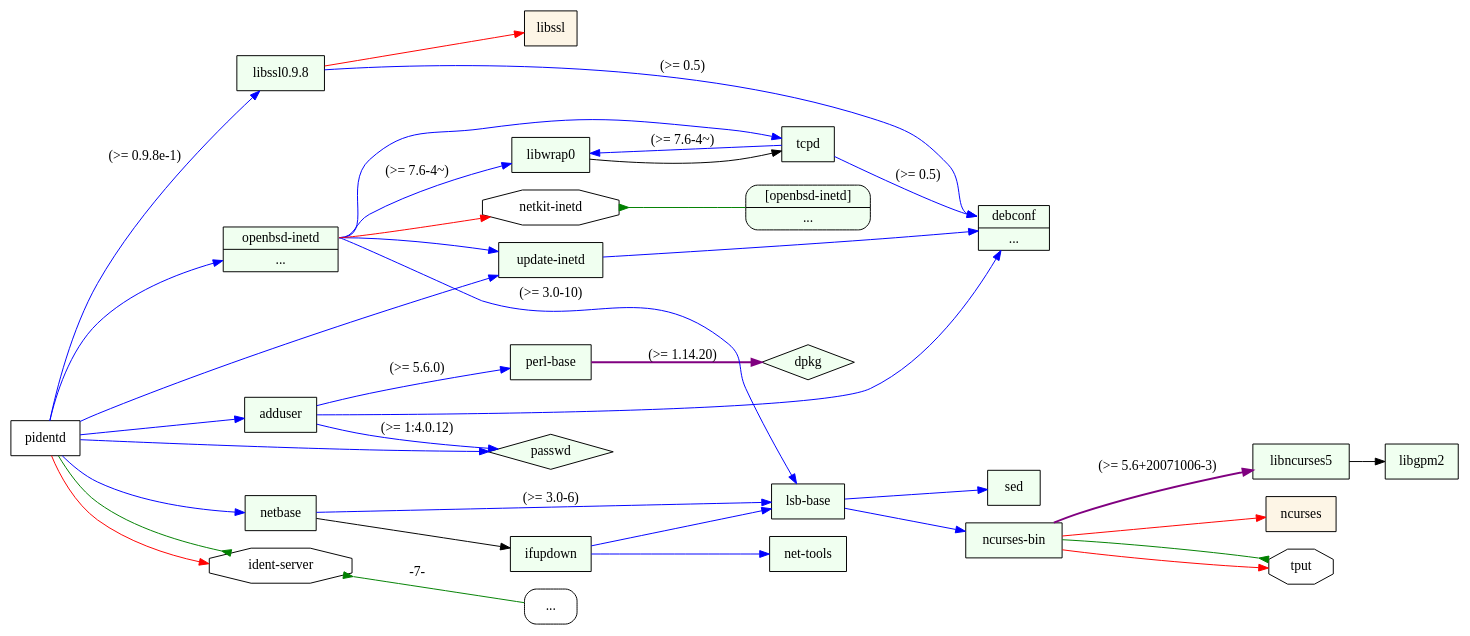
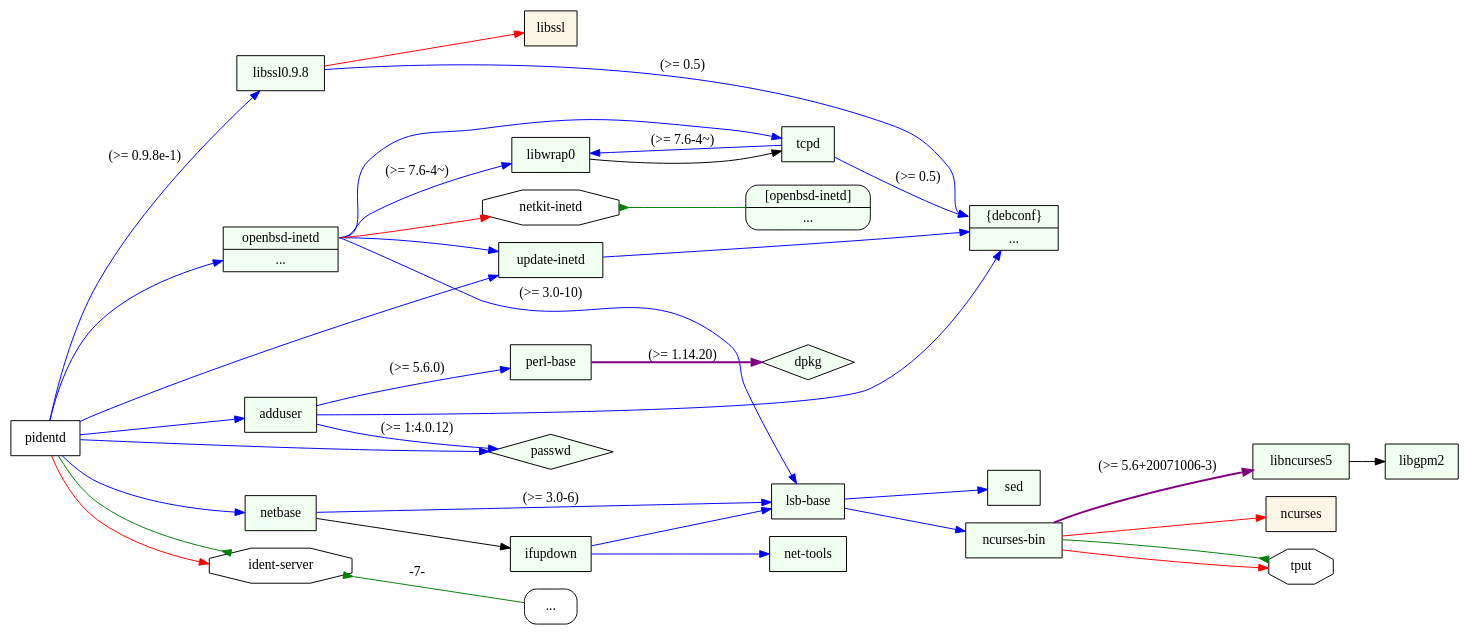
The diagram in testset/usage3.2.dot (juandesant/debtree), drawn with Graphviz before and after one commit. The commit also changed 3 other files, not shown here.

```diff
--- a/testset/usage3.2.dot
+++ b/testset/usage3.2.dot
@@ -1,83 +1,83 @@
 digraph "pidentd" {
 	rankdir=LR;
 	node [shape=box];
 	"pidentd" -> "libssl0.9.8" [color=blue,label="(>= 0.9.8e-1)"];
 	"libssl0.9.8" -> "alt1":"debconf" [color=blue,label="(>= 0.5)"];
 	"libssl0.9.8" -> "libssl" [color=red];
 	"libssl0.9.8" [style=filled,fillcolor=honeydew];
 	"pidentd" -> "netbase" [color=blue];
 	"netbase" -> "lsb-base" [color=blue,label="(>= 3.0-6)"];
 	"lsb-base" -> "sed" [color=blue];
 	"sed" [style=filled,fillcolor=honeydew];
 	"lsb-base" -> "ncurses-bin" [color=blue];
 	"ncurses-bin" -> "libncurses5" [color=purple,style=bold,label="(>= 5.6+20071006-3)"];
 	"libncurses5" -> "libgpm2";
 	"libgpm2" [style=filled,fillcolor=honeydew];
 	"libncurses5" [style=filled,fillcolor=honeydew];
 	"ncurses-bin" -> "ncurses" [color=red];
 	"ncurses-bin" -> "tput" [color=red];
 	"ncurses-bin" [style=filled,fillcolor=honeydew];
 	"lsb-base" [style=filled,fillcolor=honeydew];
 	"netbase" -> "ifupdown";
 	"ifupdown" -> "net-tools" [color=blue];
 	"net-tools" [style=filled,fillcolor=honeydew];
 	"ifupdown" -> "lsb-base" [color=blue];
 	"ifupdown" [style=filled,fillcolor=honeydew];
 	"netbase" [style=filled,fillcolor=honeydew];
 	"pidentd" -> "adduser" [color=blue];
 	"adduser" -> "perl-base" [color=blue,label="(>= 5.6.0)"];
 	"perl-base" -> "dpkg" [color=purple,style=bold,label="(>= 1.14.20)"];
 	"perl-base" [style=filled,fillcolor=honeydew];
 	"adduser" -> "passwd" [color=blue,label="(>= 1:4.0.12)"];
 	"adduser" -> "alt1" [color=blue];
 	"adduser" [style=filled,fillcolor=honeydew];
 	"pidentd" -> "passwd" [color=blue];
 	"pidentd" -> "update-inetd" [color=blue];
 	"update-inetd" -> "alt1" [color=blue];
 	"update-inetd" [style=filled,fillcolor=honeydew];
 	"pidentd" -> "alt2" [color=blue];
 	"alt2":"openbsd-inetd" -> "libwrap0" [color=blue,label="(>= 7.6-4~)"];
 	"libwrap0" -> "tcpd";
 	"tcpd" -> "libwrap0" [color=blue,label="(>= 7.6-4~)"];
 	"tcpd" -> "alt1":"debconf" [color=blue,label="(>= 0.5)"];
 	"tcpd" [style=filled,fillcolor=honeydew];
 	"libwrap0" [style=filled,fillcolor=honeydew];
 	"alt2":"openbsd-inetd" -> "lsb-base" [color=blue,label="(>= 3.0-10)"];
 	"alt2":"openbsd-inetd" -> "update-inetd" [color=blue];
 	"alt2":"openbsd-inetd" -> "tcpd" [color=blue];
 	"alt2":"openbsd-inetd" -> "netkit-inetd" [color=red];
 	"pidentd" -> "ident-server" [color=red];
 	"pidentd" -> "ident-server" [arrowhead=inv,color=green];
 	"ident-server" [shape=octagon];
 	"libssl" [style=filled,fillcolor=oldlace];
 	"ncurses" [style=filled,fillcolor=oldlace];
 	"tput" -> "ncurses-bin" [dir=back,arrowtail=inv,color=green];
 	"tput" [shape=octagon];
 	"netkit-inetd" -> virt1 [dir=back,arrowtail=inv,color=green];
 	"netkit-inetd" [shape=octagon];
 	"ident-server" -> "Pr-ident-server" [label="-7-",dir=back,arrowtail=inv,color=green];
 	"Pr-ident-server" [label="...",style=rounded];
 	"ident-server" [shape=octagon];
 	alt1 [
 		shape = "record"
 		style = "filled"
 		fillcolor = "honeydew"
-		label = "<debconf> debconf | <other> ..."
+		label = "<debconf> \{debconf\} | <other> ..."
 	]
 	alt2 [
 		shape = "record"
 		style = "filled"
 		fillcolor = "honeydew"
 		label = "<openbsd-inetd> openbsd-inetd | <other> ..."
 	]
 	virt1 [
 		shape = "record"
 		style = "rounded,filled"
 		fillcolor = "honeydew"
 		label = "<openbsd-inetd> [openbsd-inetd] | <other> ..."
 	]
 	"dpkg" [shape = diamond];
 	"dpkg" [style=filled,fillcolor=honeydew];
 	"passwd" [shape = diamond];
 	"passwd" [style=filled,fillcolor=honeydew];
 }
```
